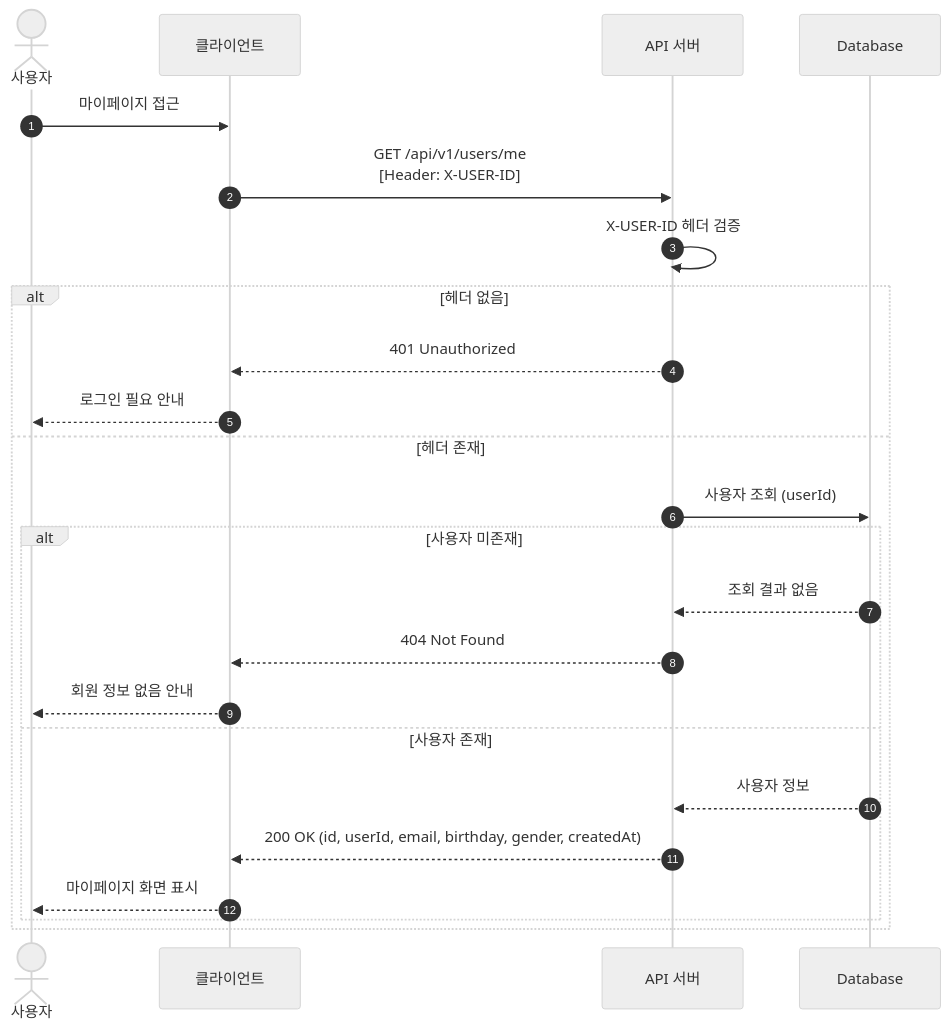
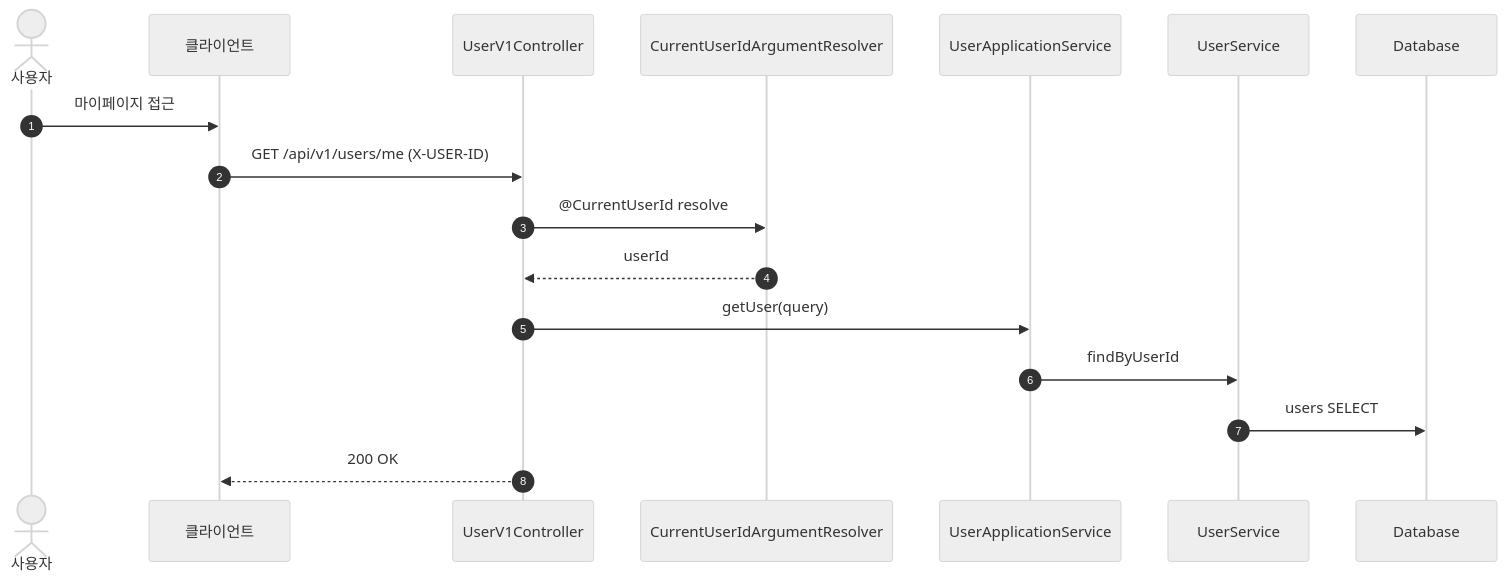
The second of 15 diagrams in docs/02-sequence-diagrams.md (yht0827/my-commerce), drawn with Mermaid (neutral theme) before and after one commit. The commit also changed other lines of this file and 258 other files, not shown here.

````diff
--- a/docs/02-sequence-diagrams.md
+++ b/docs/02-sequence-diagrams.md
@@ -74,30 +49,20 @@
 ```mermaid
 sequenceDiagram
     autonumber
     actor User as 사용자
     participant Client as 클라이언트
-    participant Server as API 서버
+    participant API as UserV1Controller
+    participant Resolver as CurrentUserIdArgumentResolver
+    participant App as UserApplicationService
+    participant Domain as UserService
     participant DB as Database
 
     User->>Client: 마이페이지 접근
-    Client->>Server: GET /api/v1/users/me<br/>[Header: X-USER-ID]
-
-    Server->>Server: X-USER-ID 헤더 검증
-
-    alt 헤더 없음
-        Server-->>Client: 401 Unauthorized
-        Client-->>User: 로그인 필요 안내
-    else 헤더 존재
-        Server->>DB: 사용자 조회 (userId)
-
-        alt 사용자 미존재
-            DB-->>Server: 조회 결과 없음
-            Server-->>Client: 404 Not Found
-            Client-->>User: 회원 정보 없음 안내
-        else 사용자 존재
-            DB-->>Server: 사용자 정보
-            Server-->>Client: 200 OK (id, userId, email, birthday, gender, createdAt)
-            Client-->>User: 마이페이지 화면 표시
-        end
-    end
+    Client->>API: GET /api/v1/users/me (X-USER-ID)
+    API->>Resolver: @CurrentUserId resolve
+    Resolver-->>API: userId
+    API->>App: getUser(query)
+    App->>Domain: findByUserId
+    Domain->>DB: users SELECT
+    API-->>Client: 200 OK
 ```
````
